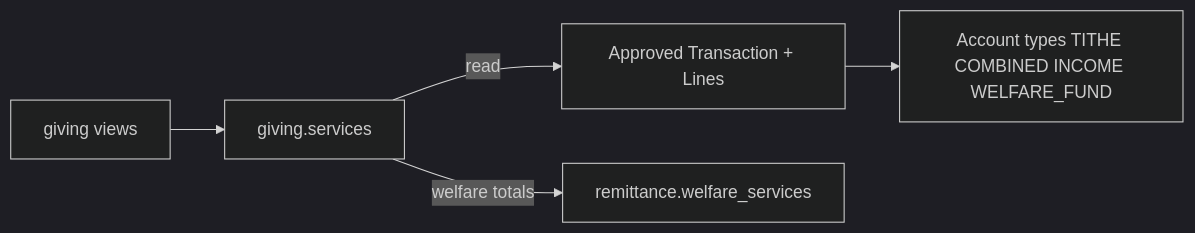
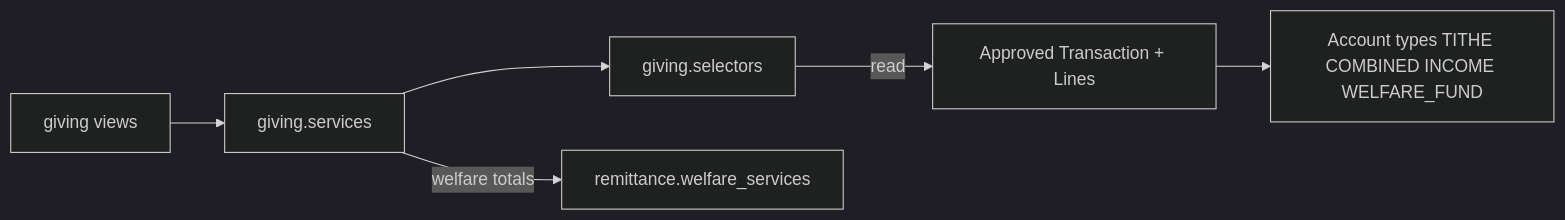
Before and after one commit to abrahamthompson46-alt/churchhub: the first of 5 diagrams in docs/MODULE_SPECIFICATIONS/GIVING/giving_spec.md, drawn with Mermaid (dark theme). The commit also changed other lines of this file and 255 other files, not shown here.

Commit message:
Phase 1: Enterprise refactoring, layered architecture, MFA, security hardening, deployment, and production readiness

````diff
--- a/docs/MODULE_SPECIFICATIONS/GIVING/giving_spec.md
+++ b/docs/MODULE_SPECIFICATIONS/GIVING/giving_spec.md
@@ -35,7 +35,8 @@
 ```mermaid
 flowchart LR
   UI[giving views] --> Svc[giving.services]
-  Svc -->|read| TXN[Approved Transaction + Lines]
+  Svc --> Sel[giving.selectors]
+  Sel -->|read| TXN[Approved Transaction + Lines]
   Svc -->|welfare totals| WEL[remittance.welfare_services]
   TXN --> ACC[Account types TITHE COMBINED INCOME WELFARE_FUND]
 ```
````
